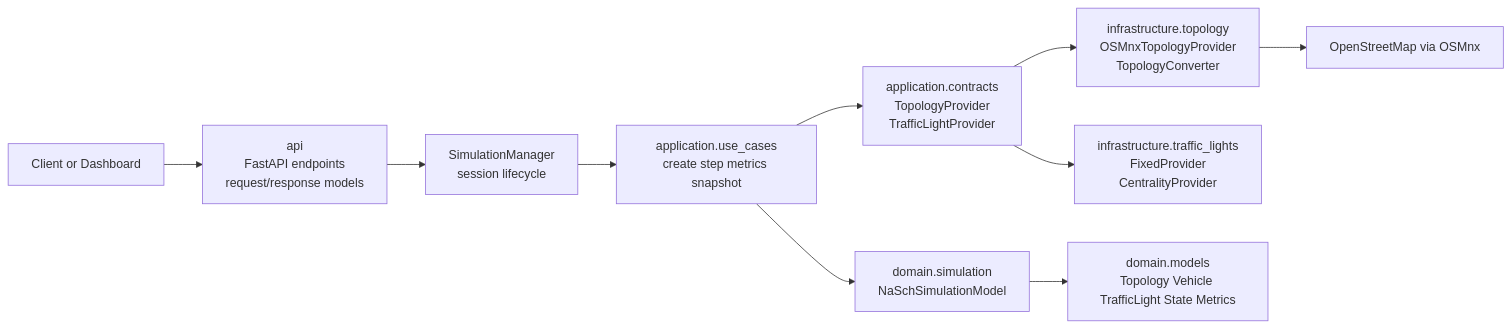
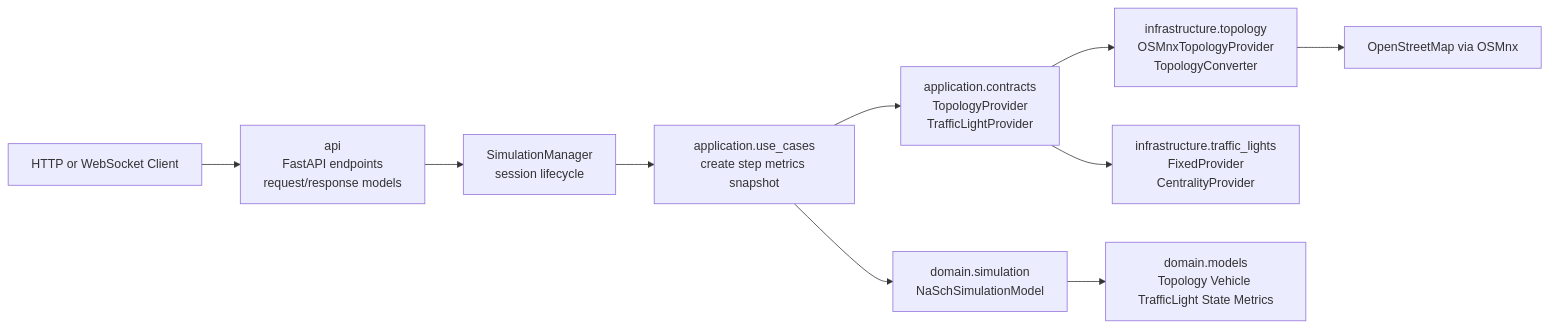
Before and after one commit to Tarffic-Simulator/Engine: the first of 2 diagrams in docs/ARCHITECTURE.md, drawn with Mermaid. The commit also changed other lines of this file and 74 other files, not shown here.

````diff
--- a/docs/ARCHITECTURE.md
+++ b/docs/ARCHITECTURE.md
@@ -16,12 +16,12 @@
 ```mermaid
 flowchart LR
-    Client[Client or Dashboard] --> API[api\nFastAPI endpoints\nrequest/response models]
+    Client[HTTP or WebSocket Client] --> API[api\nFastAPI endpoints\nrequest/response models]
     API --> Manager[SimulationManager\nsession lifecycle]
     Manager --> UseCases[application.use_cases\ncreate step metrics snapshot]
     UseCases --> Domain[domain.simulation\nNaSchSimulationModel]
     UseCases --> Ports[application.contracts\nTopologyProvider\nTrafficLightProvider]
     Ports --> TopologyInfra[infrastructure.topology\nOSMnxTopologyProvider\nTopologyConverter]
     Ports --> LightInfra[infrastructure.traffic_lights\nFixedProvider\nCentralityProvider]
     Domain --> Models[domain.models\nTopology Vehicle TrafficLight State Metrics]
     TopologyInfra --> OSM[OpenStreetMap via OSMnx]
 ```
````
